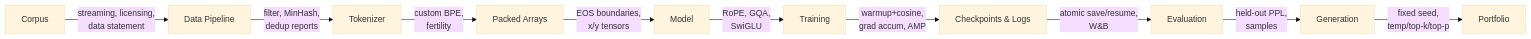
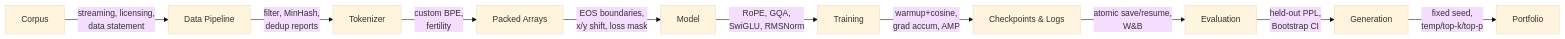
One commit to ismailSadouki/nano-llm-pretrain changed the diagram in README.md. Above: the diagram before and after it, drawn with Mermaid (base theme).

````diff
--- a/README.md
+++ b/README.md
@@ -3,23 +3,23 @@
 ```mermaid
 flowchart LR
     A[Corpus]
     B[Data Pipeline]
     C[Tokenizer]
     D[Packed Arrays]
     E[Model]
     F[Training]
     G[Checkpoints & Logs]
     H[Evaluation]
     I[Generation]
     J[Portfolio]
 
     A -->|streaming, licensing,<br/>data statement| B
     B -->|filter, MinHash,<br/>dedup reports| C
     C -->|custom BPE,<br/>fertility| D
-    D -->|EOS boundaries,<br/>x/y tensors| E
-    E -->|RoPE, GQA,<br/>SwiGLU| F
+    D -->|EOS boundaries,<br/>x/y shift, loss mask| E
+    E -->|RoPE, GQA,<br/>SwiGLU, RMSNorm| F
     F -->|warmup+cosine,<br/>grad accum, AMP| G
     G -->|atomic save/resume,<br/>W&B| H
-    H -->|held-out PPL,<br/>samples| I
+    H -->|held-out PPL,<br/>Bootstrap CI| I
     I -->|fixed seed,<br/>temp/top-k/top-p| J
 ```
````
